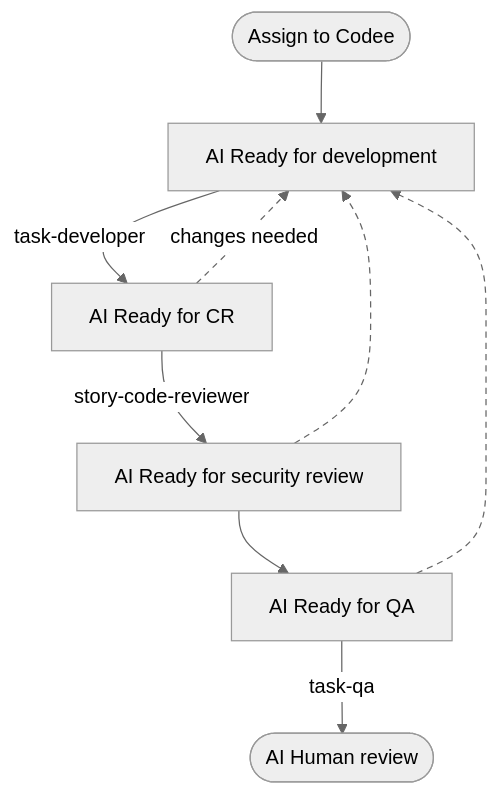
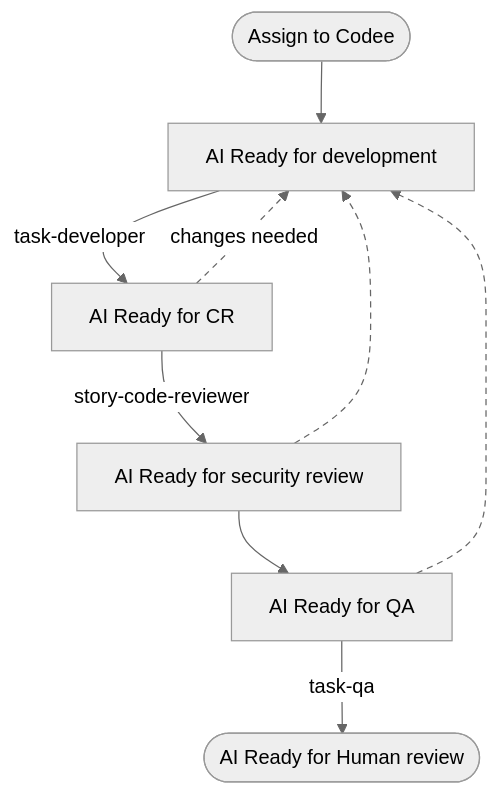
Before and after one commit to fusebase-dev/codee: the second of 2 diagrams in docs/docs/tutorials/working-on-tasks-in-jira.mdx, drawn with Mermaid (neutral theme). The commit also changed other lines of this file and 1 other file, not shown here.

````diff
--- a/docs/docs/tutorials/working-on-tasks-in-jira.mdx
+++ b/docs/docs/tutorials/working-on-tasks-in-jira.mdx
@@ -361,15 +361,15 @@
 ```mermaid
 flowchart TD
     start([Assign to Codee]) --> dev[AI Ready for development]
     dev -->|task-developer| cr[AI Ready for CR]
     cr -->|story-code-reviewer| sec[AI Ready for security review]
     sec --> qa[AI Ready for QA]
-    qa -->|task-qa| done([AI Human review])
+    qa -->|task-qa| done([AI Ready for Human review])
     cr -.->|changes needed| dev
     sec -.-> dev
     qa -.-> dev
 
     class start,done human
     class dev,cr,sec,qa codee
     linkStyle 5,6,7 stroke-dasharray: 5 4
 ```
````
